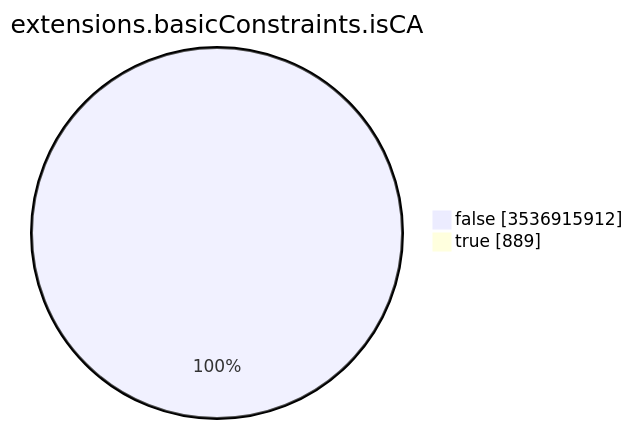
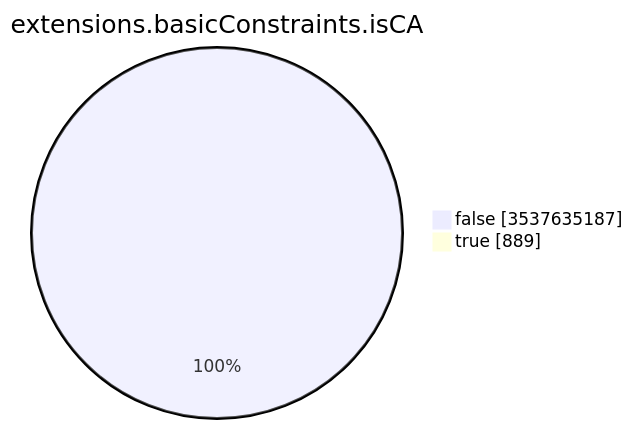
The seventh of 15 diagrams in TOTAL/README.md (christiankrug/ctmonitor_visualization), drawn with Mermaid before and after one commit. The commit also changed other lines of this file, not shown here.

````diff
--- a/TOTAL/README.md
+++ b/TOTAL/README.md
@@ -3094,6 +3094,6 @@
 ```mermaid
 pie showData
 title extensions.basicConstraints.isCA
-"false" :3536915912
+"false" :3537635187
 "true" :889
 ```
````
